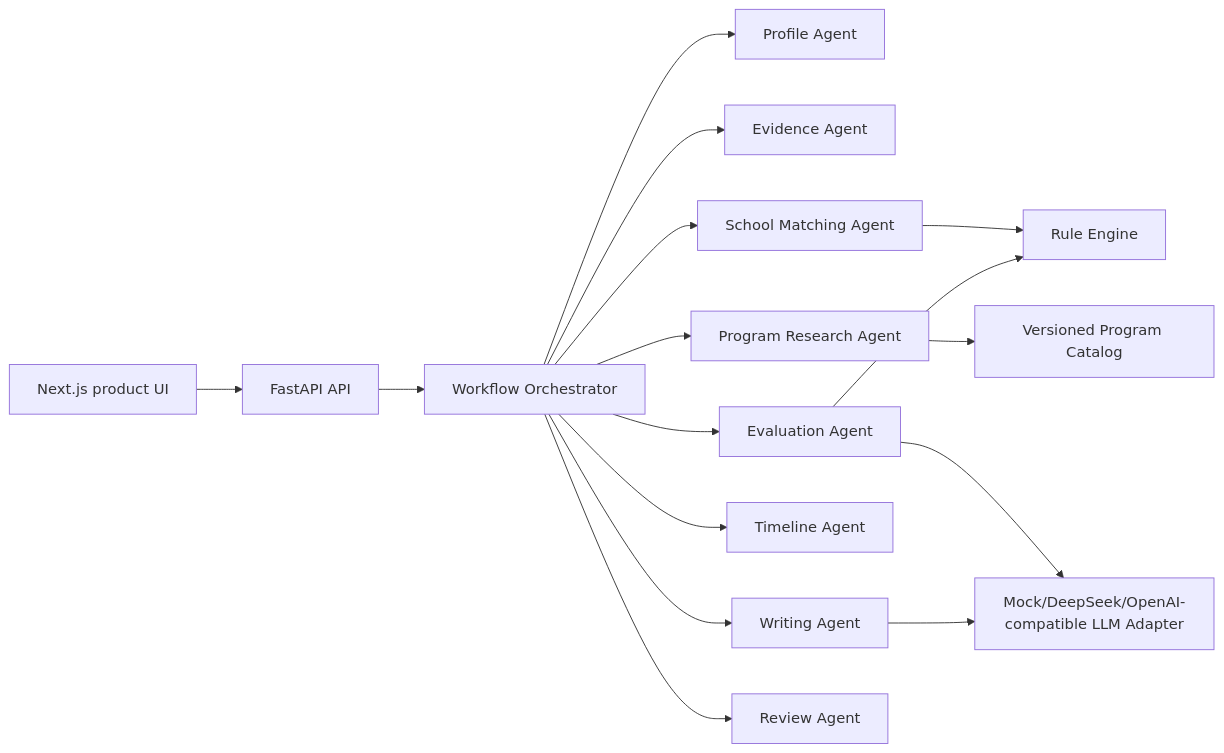
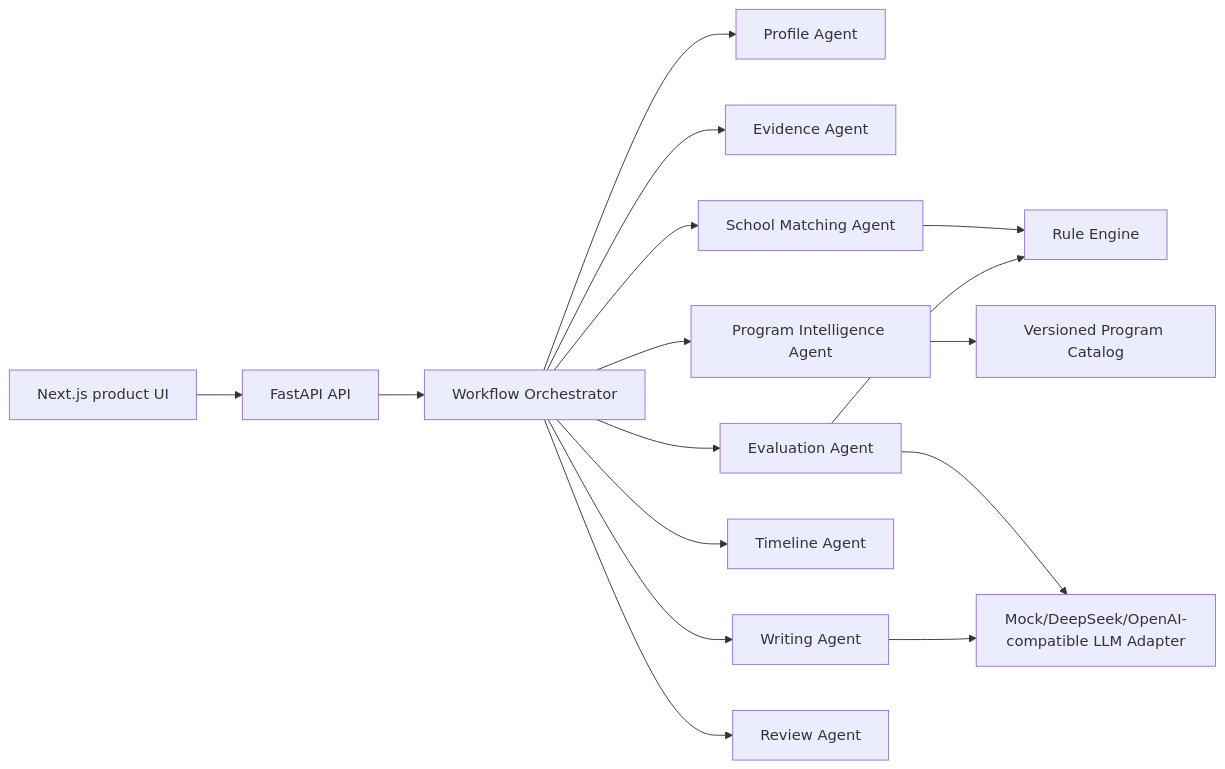
Before and after one commit to ZorIgn/HarborPilot-MultiAgent: the diagram in docs/architecture.md, drawn with Mermaid. The commit also changed other lines of this file and 10 other files, not shown here.

````diff
--- a/docs/architecture.md
+++ b/docs/architecture.md
@@ -22,18 +22,18 @@
 ```mermaid
 flowchart LR
   Web["Next.js product UI"] --> API["FastAPI API"]
   API --> Orchestrator["Workflow Orchestrator"]
   Orchestrator --> Profile["Profile Agent"]
   Orchestrator --> Evidence["Evidence Agent"]
   Orchestrator --> Eval["Evaluation Agent"]
-  Orchestrator --> Research["Program Research Agent"]
+  Orchestrator --> Research["Program Intelligence Agent"]
   Orchestrator --> Match["School Matching Agent"]
   Orchestrator --> Timeline["Timeline Agent"]
   Orchestrator --> Writing["Writing Agent"]
   Orchestrator --> Review["Review Agent"]
   Eval --> Rules["Rule Engine"]
   Match --> Rules
   Research --> Catalog["Versioned Program Catalog"]
   Writing --> LLM["Mock/DeepSeek/OpenAI-compatible LLM Adapter"]
   Eval --> LLM
 ```
````
